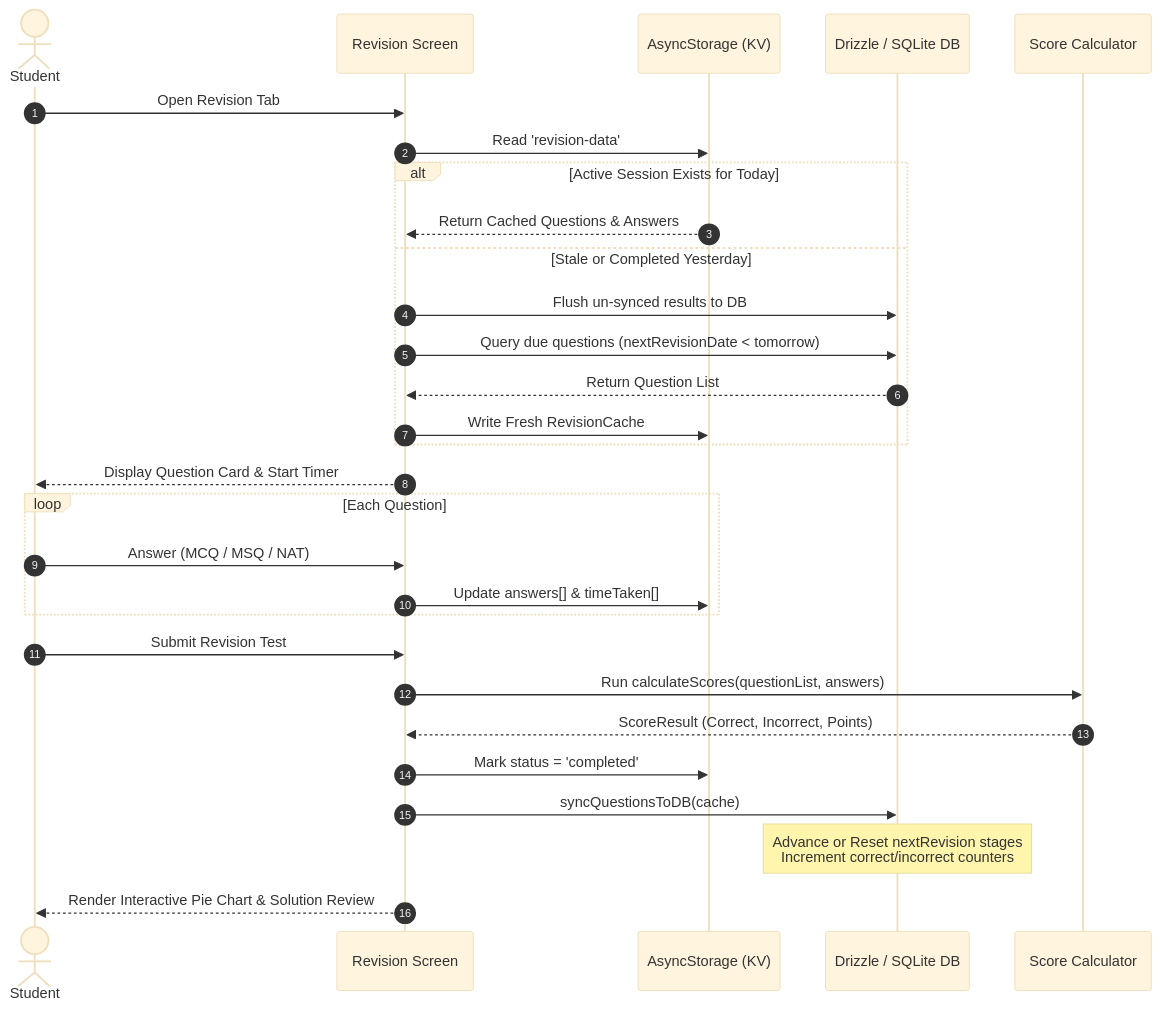
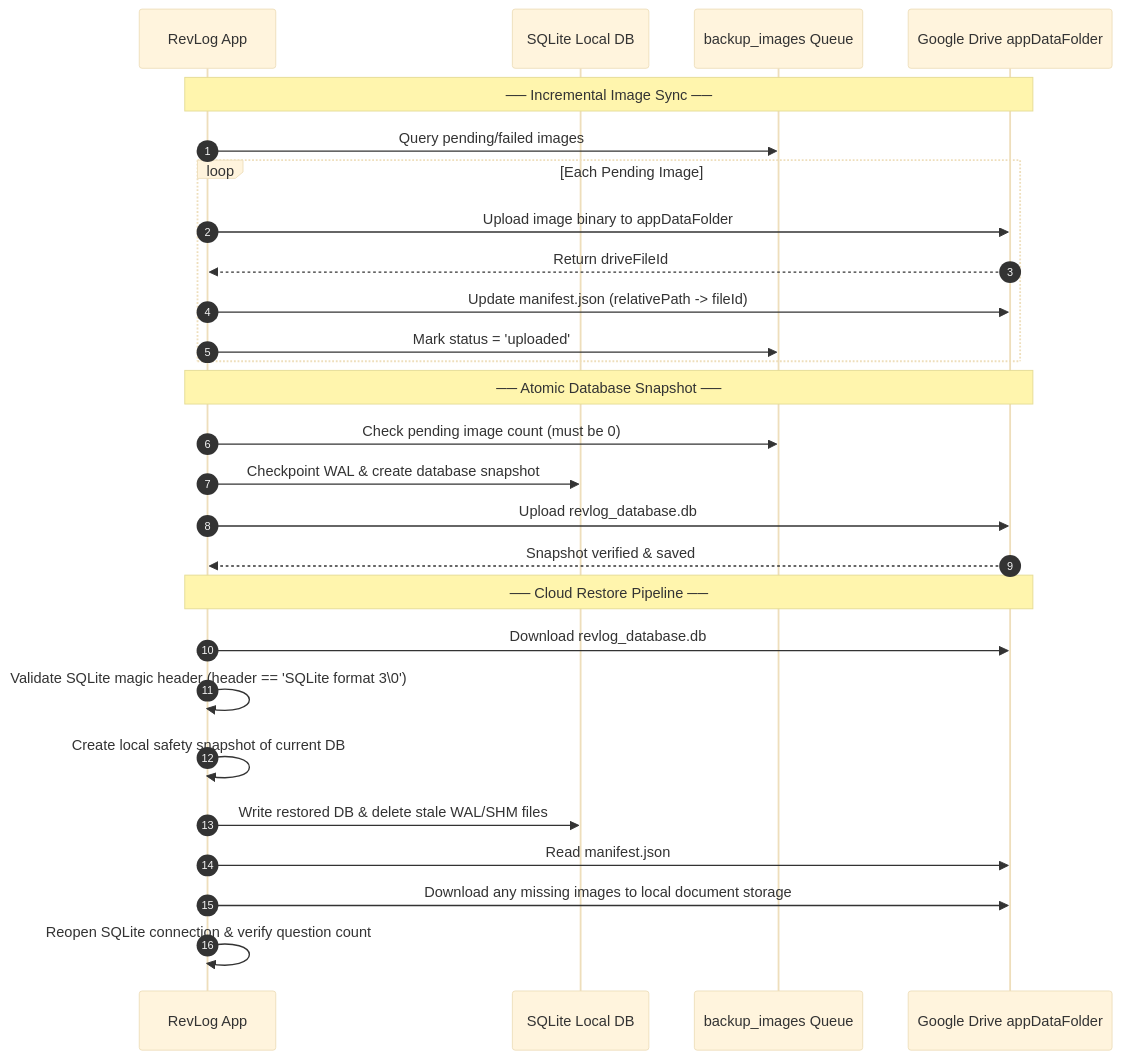
One commit to Ayandi999/revision-app changed the third of 3 diagrams in README.md. Above: the diagram before and after it, drawn with Mermaid (base theme). The commit also changed other lines of this file, not shown here.

Commit message:
docs: update README with latest project features, architecture, and OTA details

````diff
--- a/README.md
+++ b/README.md
@@ -127,36 +160,32 @@
 ```mermaid
 sequenceDiagram
     autonumber
-    actor User as Student
-    participant Screen as Revision Screen
-    participant Cache as AsyncStorage (KV)
-    participant Query as Drizzle / SQLite DB
-    participant Engine as Score Calculator
+    participant App as RevLog App
+    participant SQLite as SQLite Local DB
+    participant Queue as backup_images Queue
+    participant Drive as Google Drive appDataFolder
 
-    User->>Screen: Open Revision Tab
-    Screen->>Cache: Read 'revision-data'
-    
-    alt Active Session Exists for Today
-        Cache-->>Screen: Return Cached Questions & Answers
-    else Stale or Completed Yesterday
-        Screen->>Query: Flush un-synced results to DB
-        Screen->>Query: Query due questions (nextRevisionDate < tomorrow)
-        Query-->>Screen: Return Question List
-        Screen->>Cache: Write Fresh RevisionCache
+    Note over App,Drive: ── Incremental Image Sync ──
+    App->>Queue: Query pending/failed images
+    loop Each Pending Image
+        App->>Drive: Upload image binary to appDataFolder
+        Drive-->>App: Return driveFileId
+        App->>Drive: Update manifest.json (relativePath -> fileId)
+        App->>Queue: Mark status = 'uploaded'
     end
 
-    Screen-->>User: Display Question Card & Start Timer
-    
-    loop Each Question
-        User->>Screen: Answer (MCQ / MSQ / NAT)
-        Screen->>Cache: Update answers[] & timeTaken[]
-    end
+    Note over App,Drive: ── Atomic Database Snapshot ──
+    App->>Queue: Check pending image count (must be 0)
+    App->>SQLite: Checkpoint WAL & create database snapshot
+    App->>Drive: Upload revlog_database.db
+    Drive-->>App: Snapshot verified & saved
 
-    User->>Screen: Submit Revision Test
-    Screen->>Engine: Run calculateScores(questionList, answers)
-    Engine-->>Screen: ScoreResult (Correct, Incorrect, Points)
-    Screen->>Cache: Mark status = 'completed'
-    Screen->>Query: syncQuestionsToDB(cache)
-    Note over Query: Advance or Reset nextRevision stages<br/>Increment correct/incorrect counters
-    Screen-->>User: Render Interactive Pie Chart & Solution Review
+    Note over App,Drive: ── Cloud Restore Pipeline ──
+    App->>Drive: Download revlog_database.db
+    App->>App: Validate SQLite magic header (header == 'SQLite format 3\0')
+    App->>App: Create local safety snapshot of current DB
+    App->>SQLite: Write restored DB & delete stale WAL/SHM files
+    App->>Drive: Read manifest.json
+    App->>Drive: Download any missing images to local document storage
+    App->>App: Reopen SQLite connection & verify question count
 ```
````
